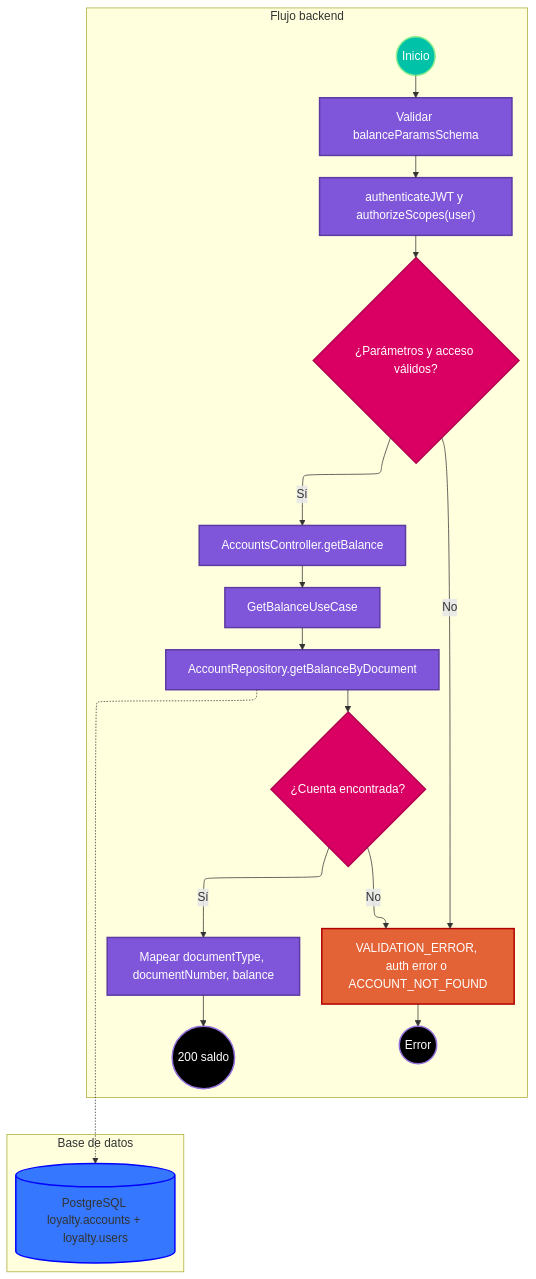
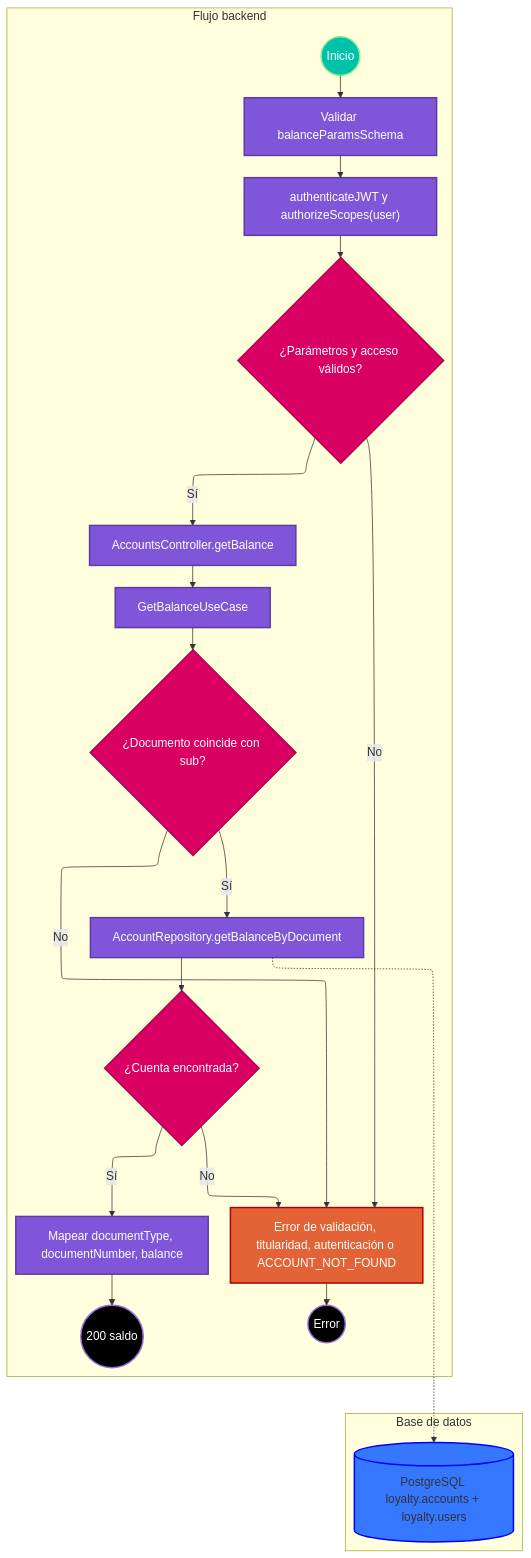
Before and after one commit to jac2206/loyalty-backend: the diagram in docs/use-cases/cuentas/consultar-saldo.md, drawn with Mermaid. The commit also changed other lines of this file and 10 other files, not shown here.

````diff
--- a/docs/use-cases/cuentas/consultar-saldo.md
+++ b/docs/use-cases/cuentas/consultar-saldo.md
@@ -85,38 +85,41 @@
 ```mermaid
 %%{init: { "flowchart": { "defaultRenderer": "elk" } }}%%
 flowchart TB
     classDef statementClass fill:#7f56d9,color:white,stroke:#5d3ba2,stroke-width:2px
     classDef conditionalClass fill:#da0063,color:white,stroke:#b0004e,stroke-width:2px
     classDef inicioClass fill:#00c2a8,color:white,stroke-width:2px,stroke:lightGreen
     classDef finClass fill:black,color:white,stroke-width:2px
     classDef rejectClass fill:#e36236,color:white,stroke:#b00000,stroke-width:2px
     classDef dbClass fill:#3578ff,stroke:blue,stroke-width:2px
     subgraph BACKEND [Flujo backend]
         direction TB
 
         inicio((Inicio)):::inicioClass
         ok((200 saldo)):::finClass
         error((Error)):::finClass
         valida["Validar balanceParamsSchema"]:::statementClass
         auth["authenticateJWT y authorizeScopes(user)"]:::statementClass
         valido{"¿Parámetros y acceso válidos?"}:::conditionalClass
         controlador["AccountsController.getBalance"]:::statementClass
         caso["GetBalanceUseCase"]:::statementClass
+        titular{"¿Documento coincide con sub?"}:::conditionalClass
         consulta["AccountRepository.getBalanceByDocument"]:::statementClass
         existe{"¿Cuenta encontrada?"}:::conditionalClass
         respuesta["Mapear documentType, documentNumber, balance"]:::statementClass
-        rechazo["VALIDATION_ERROR, auth error o ACCOUNT_NOT_FOUND"]:::rejectClass
+        rechazo["Error de validación, titularidad, autenticación o ACCOUNT_NOT_FOUND"]:::rejectClass
     end
     subgraph BASE_DE_DATOS [Base de datos]
         direction TB
         db[(PostgreSQL loyalty.accounts + loyalty.users)]:::dbClass
     end
 
 
     inicio --> valida --> auth --> valido
     valido -->|No| rechazo --> error
-    valido -->|Sí| controlador --> caso --> consulta --> existe
+    valido -->|Sí| controlador --> caso --> titular
+    titular -->|No| rechazo
+    titular -->|Sí| consulta --> existe
     existe -->|No| rechazo
     existe -->|Sí| respuesta --> ok
     consulta -.-> db
 ```
````
